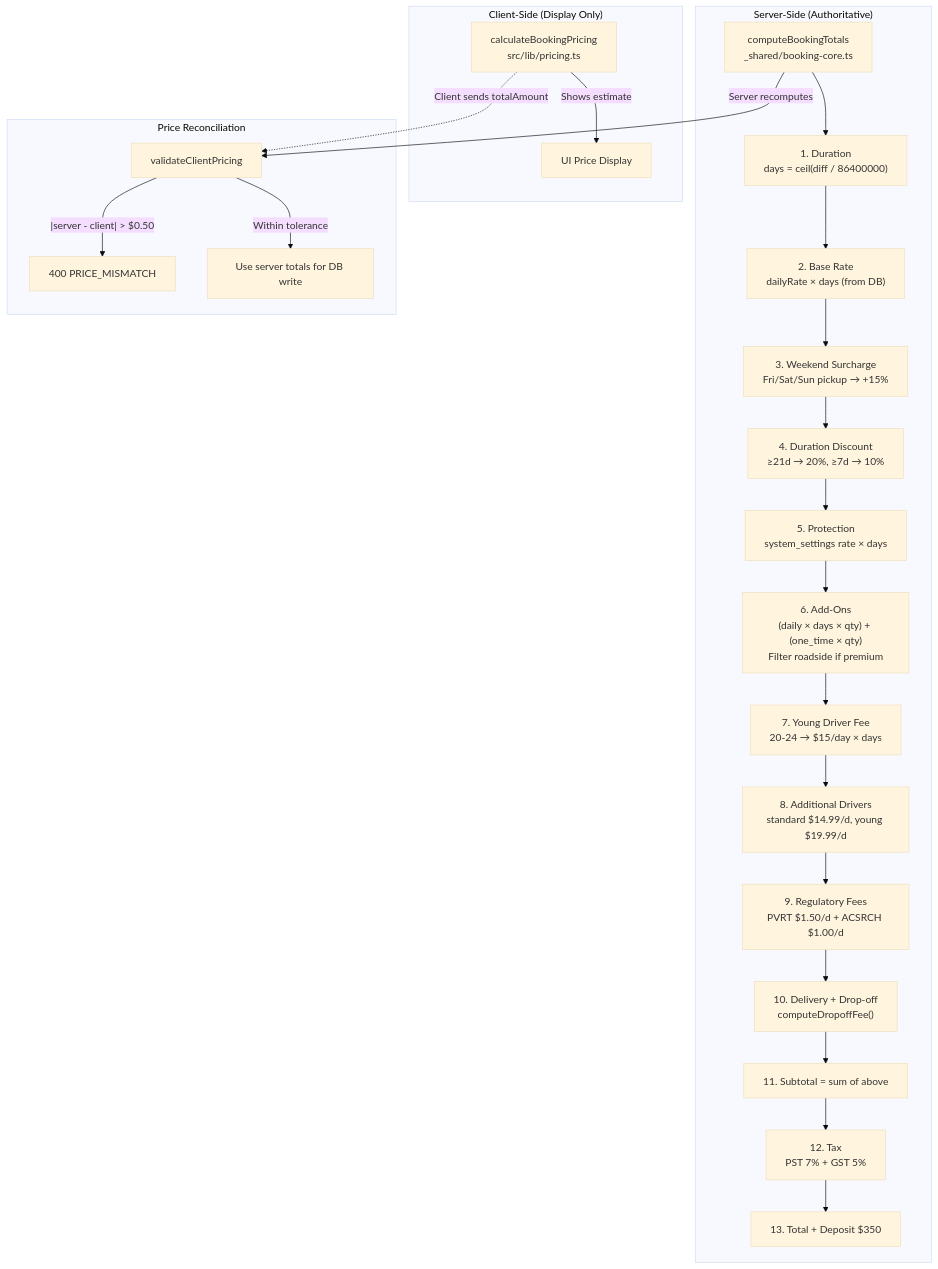
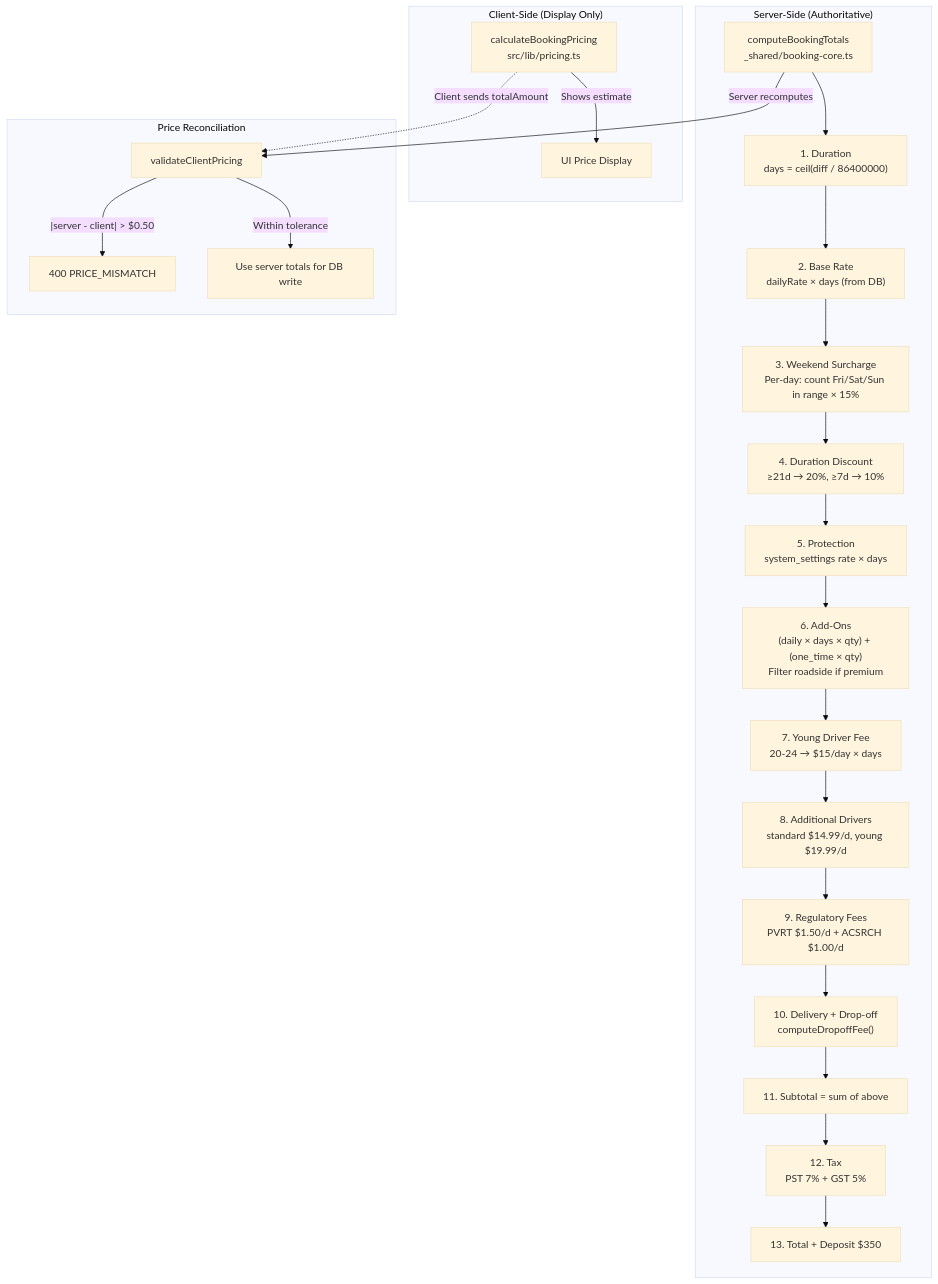
One commit to mapsensemedia/betterrental changed the diagram in knowledgebase/diagrams/pricing-engine.mmd. Above: the diagram before and after it, drawn with Mermaid. The commit also changed 4 other files, not shown here.

```diff
--- a/knowledgebase/diagrams/pricing-engine.mmd
+++ b/knowledgebase/diagrams/pricing-engine.mmd
@@ -1,33 +1,33 @@
 %%{ init: { 'theme': 'base' } }%%
 graph TD
     subgraph Client["Client-Side (Display Only)"]
         CP[calculateBookingPricing<br/>src/lib/pricing.ts]
         CP -->|Shows estimate| UIPreview[UI Price Display]
     end
 
     subgraph Server["Server-Side (Authoritative)"]
         CBT[computeBookingTotals<br/>_shared/booking-core.ts]
 
         CBT --> Duration["1. Duration<br/>days = ceil(diff / 86400000)"]
         Duration --> BaseRate["2. Base Rate<br/>dailyRate × days (from DB)"]
-        BaseRate --> Weekend["3. Weekend Surcharge<br/>Fri/Sat/Sun pickup → +15%"]
+        BaseRate --> Weekend["3. Weekend Surcharge<br/>Per-day: count Fri/Sat/Sun in range × 15%"]
         Weekend --> DurationDisc["4. Duration Discount<br/>≥21d → 20%, ≥7d → 10%"]
         DurationDisc --> Protection["5. Protection<br/>system_settings rate × days"]
         Protection --> AddOns["6. Add-Ons<br/>(daily × days × qty) + (one_time × qty)<br/>Filter roadside if premium"]
         AddOns --> YoungDriver["7. Young Driver Fee<br/>20-24 → $15/day × days"]
         YoungDriver --> AdditionalDrivers["8. Additional Drivers<br/>standard $14.99/d, young $19.99/d"]
         AdditionalDrivers --> RegFees["9. Regulatory Fees<br/>PVRT $1.50/d + ACSRCH $1.00/d"]
         RegFees --> Delivery["10. Delivery + Drop-off<br/>computeDropoffFee()"]
         Delivery --> Subtotal["11. Subtotal = sum of above"]
         Subtotal --> Tax["12. Tax<br/>PST 7% + GST 5%"]
         Tax --> Total["13. Total + Deposit $350"]
     end
 
     subgraph Validation["Price Reconciliation"]
         VCP[validateClientPricing]
         VCP -->|"|server - client| > $0.50"| Reject[400 PRICE_MISMATCH]
         VCP -->|"Within tolerance"| Accept[Use server totals for DB write]
     end
 
     CP -.->|"Client sends totalAmount"| VCP
     CBT -->|"Server recomputes"| VCP
```
